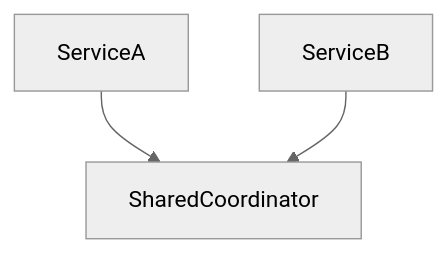
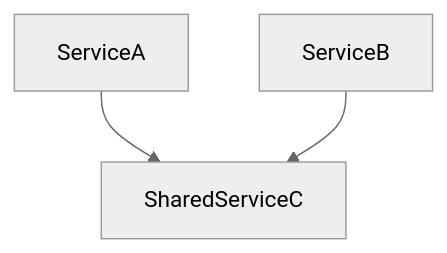
The second of 2 diagrams in 03-spring-framework/23-circular-dependencies-resolution/README.md (sakousa856-sketch/java-spring-for-developers-khmer), drawn with Mermaid (neutral theme) before and after one commit. The commit also changed other lines of this file and 290 other files, not shown here.

````diff
--- a/03-spring-framework/23-circular-dependencies-resolution/README.md
+++ b/03-spring-framework/23-circular-dependencies-resolution/README.md
@@ -82,5 +84,6 @@
 ```mermaid
 flowchart TD
-    A["ServiceA"] --> C["SharedCoordinator"]
+    A["ServiceA"] --> C["SharedServiceC"]
     B["ServiceB"] --> C
+
 ```
````
